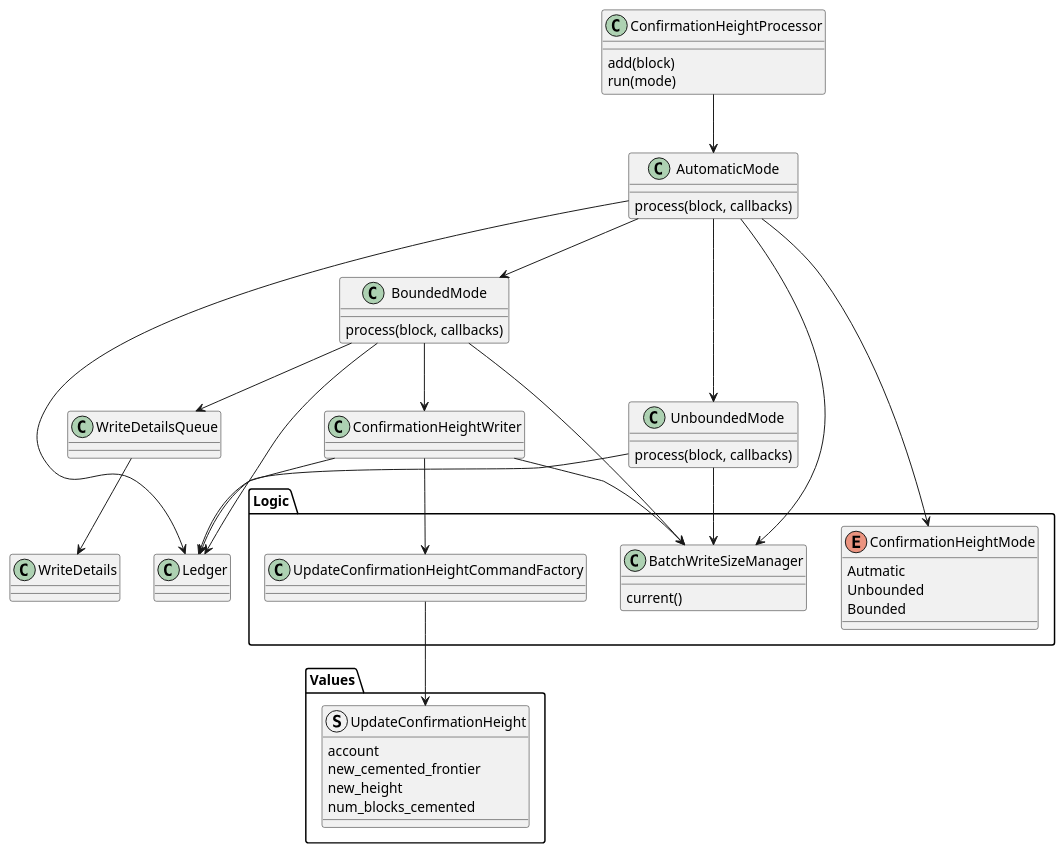
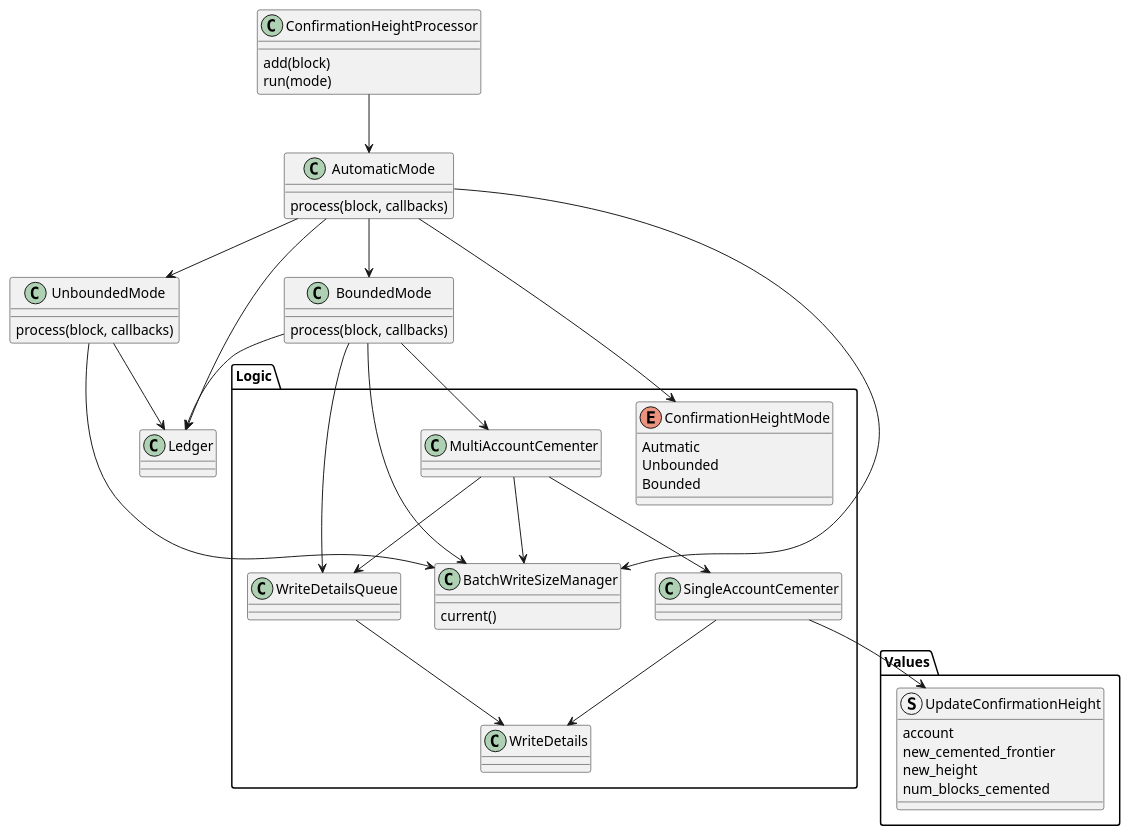
The diagram in rust/doc/cementing.puml (stjet/rsban-node), drawn with PlantUML before and after one commit. The commit also changed 10 other files, not shown here.

Commit message:
Refactor confirmation_height_writer

```diff
--- a/rust/doc/cementing.puml
+++ b/rust/doc/cementing.puml
@@ -1,67 +1,72 @@
 @startuml "Confirmation Height"
 class UnboundedMode {
     process(block, callbacks)
 }
 
 class BoundedMode{
     process(block, callbacks)
 }
 
 class AutomaticMode{
     process(block, callbacks)
 }
 
 class ConfirmationHeightProcessor{
     add(block)
     run(mode)
 }
 class Ledger
 
 package "Logic"{
     enum ConfirmationHeightMode{
         Autmatic
         Unbounded
         Bounded
     }
 
-    class UpdateConfirmationHeightCommandFactory
+    class WriteDetails
+    class WriteDetailsQueue
+
+    class SingleAccountCementer
+    class MultiAccountCementer
     class BatchWriteSizeManager {
         current()
     }
 }
 
 package "Values"{
     struct UpdateConfirmationHeight{
         account
         new_cemented_frontier
         new_height
         num_blocks_cemented
     }
 }
 
 
 UnboundedMode --> Ledger
 UnboundedMode --> BatchWriteSizeManager
 
 BoundedMode --> Ledger
 BoundedMode --> WriteDetailsQueue
-BoundedMode --> ConfirmationHeightWriter
+BoundedMode --> MultiAccountCementer
 BoundedMode --> BatchWriteSizeManager
 
-ConfirmationHeightWriter --> UpdateConfirmationHeightCommandFactory
-ConfirmationHeightWriter --> Ledger
-ConfirmationHeightWriter --> BatchWriteSizeManager
+MultiAccountCementer --> SingleAccountCementer
+MultiAccountCementer --> BatchWriteSizeManager
+MultiAccountCementer --> WriteDetailsQueue
 
-UpdateConfirmationHeightCommandFactory --> UpdateConfirmationHeight
+SingleAccountCementer --> UpdateConfirmationHeight
+SingleAccountCementer --> WriteDetails
 
 WriteDetailsQueue --> WriteDetails
 
 AutomaticMode --> ConfirmationHeightMode
 AutomaticMode --> BoundedMode
 AutomaticMode --> UnboundedMode
 AutomaticMode --> Ledger
 AutomaticMode --> BatchWriteSizeManager
 
 ConfirmationHeightProcessor --> AutomaticMode
 
 @enduml
```
